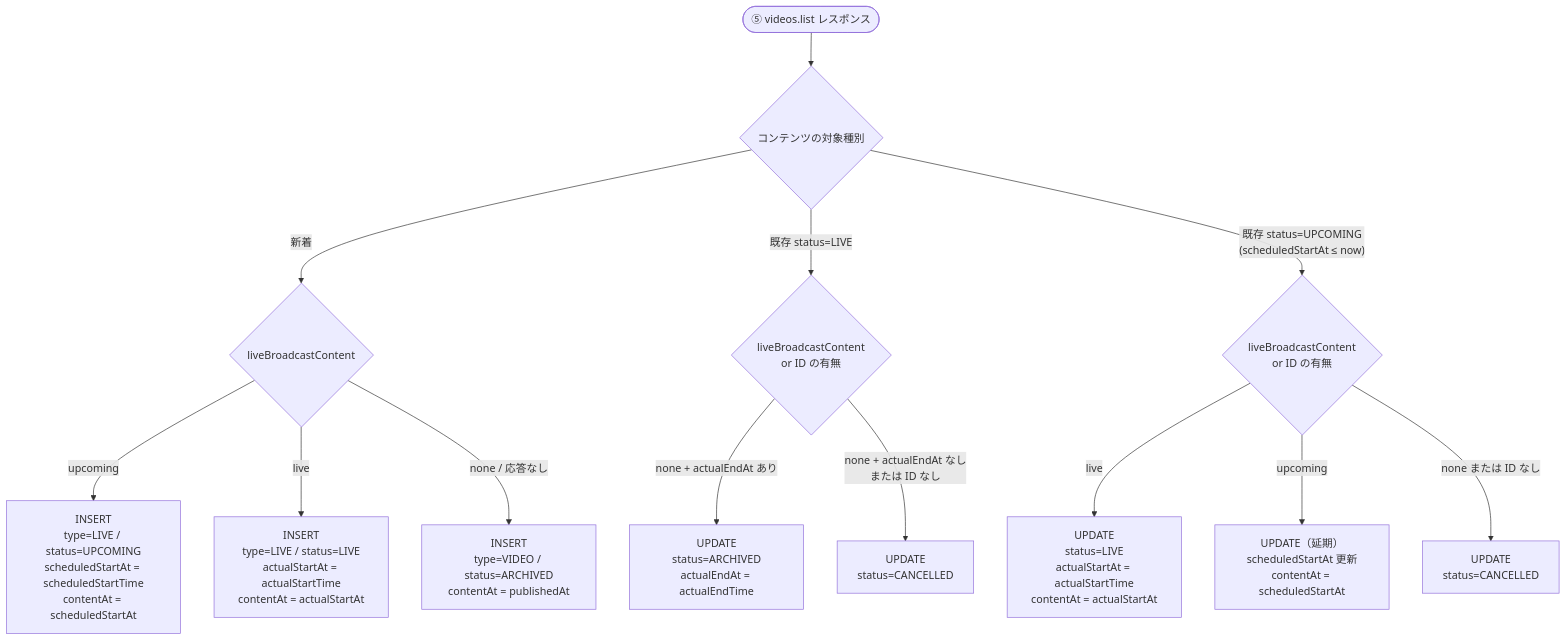
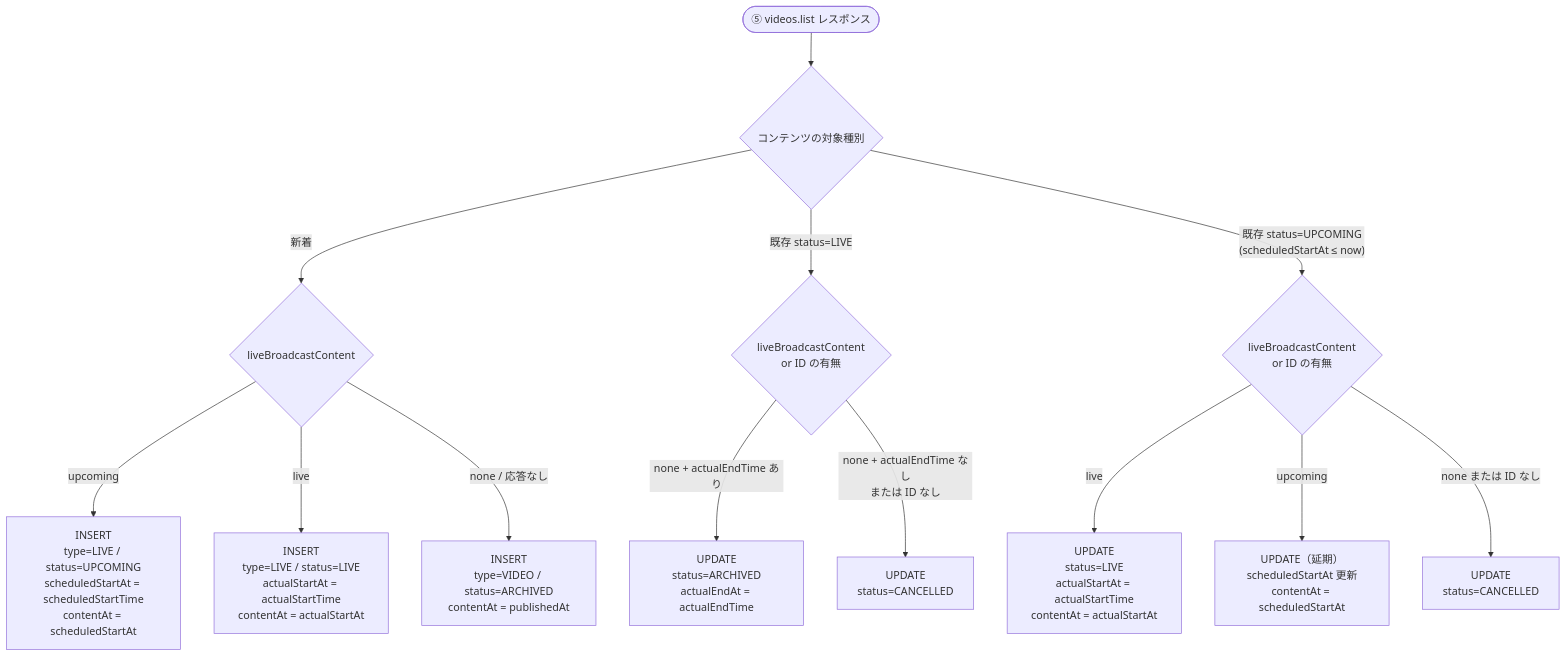
Before and after one commit to disconnection31/MySubChs: the second of 3 diagrams in docs/architecture.md, drawn with Mermaid. The commit also changed other lines of this file and 10 other files, not shown here.

````diff
--- a/docs/architecture.md
+++ b/docs/architecture.md
@@ -293,18 +305,18 @@
    ```mermaid
    flowchart TD
        IN(["⑤ videos.list レスポンス"]) --> KIND{"コンテンツの対象種別"}
 
        KIND -- "新着" --> N_BC{"liveBroadcastContent"}
        N_BC -- upcoming --> N_UP["INSERT\ntype=LIVE / status=UPCOMING\nscheduledStartAt = scheduledStartTime\ncontentAt = scheduledStartAt"]
        N_BC -- live --> N_LV["INSERT\ntype=LIVE / status=LIVE\nactualStartAt = actualStartTime\ncontentAt = actualStartAt"]
        N_BC -- "none / 応答なし" --> N_VD["INSERT\ntype=VIDEO / status=ARCHIVED\ncontentAt = publishedAt"]
 
        KIND -- "既存 status=LIVE" --> L_BC{"liveBroadcastContent\nor ID の有無"}
-       L_BC -- "none + actualEndAt あり" --> L_AR["UPDATE\nstatus=ARCHIVED\nactualEndAt = actualEndTime"]
-       L_BC -- "none + actualEndAt なし\nまたは ID なし" --> L_CA["UPDATE\nstatus=CANCELLED"]
+       L_BC -- "none + actualEndTime あり" --> L_AR["UPDATE\nstatus=ARCHIVED\nactualEndAt = actualEndTime"]
+       L_BC -- "none + actualEndTime なし\nまたは ID なし" --> L_CA["UPDATE\nstatus=CANCELLED"]
 
        KIND -- "既存 status=UPCOMING\n(scheduledStartAt ≤ now)" --> U_BC{"liveBroadcastContent\nor ID の有無"}
        U_BC -- live --> U_LV["UPDATE\nstatus=LIVE\nactualStartAt = actualStartTime\ncontentAt = actualStartAt"]
        U_BC -- upcoming --> U_UP["UPDATE（延期）\nscheduledStartAt 更新\ncontentAt = scheduledStartAt"]
        U_BC -- "none または ID なし" --> U_CA["UPDATE\nstatus=CANCELLED"]
    ```
````
